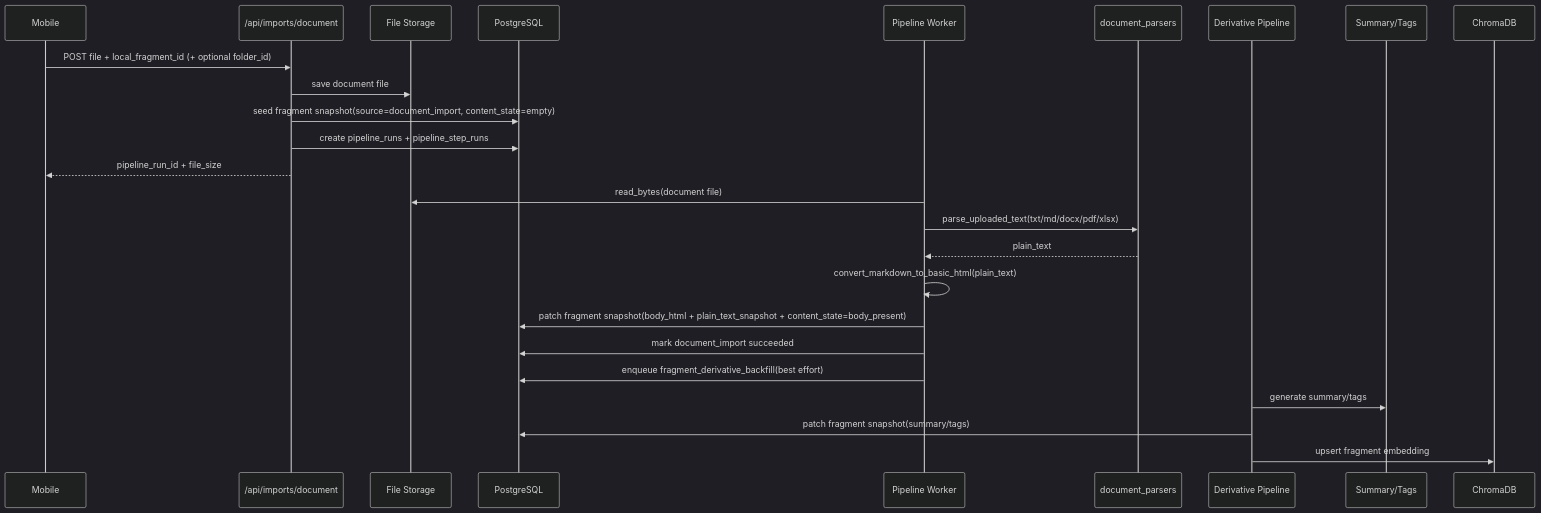
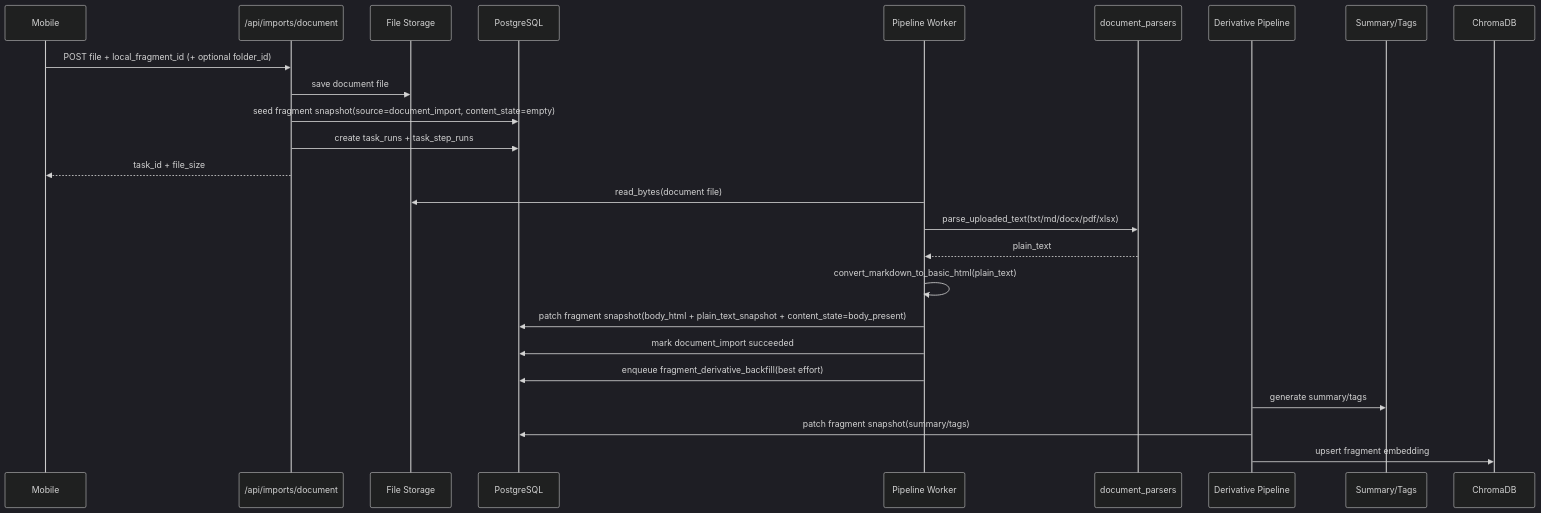
Before and after one commit to YCZA2/SparkFlow: the sixth of 10 diagrams in memory-bank/architecture.md, drawn with Mermaid (dark theme). The commit also changed other lines of this file and 68 other files, not shown here.

First line of the commit message:
refactor: 将 pipeline 重命名为 task，保留兼容层

````diff
--- a/memory-bank/architecture.md
+++ b/memory-bank/architecture.md
@@ -472,28 +474,28 @@
 ```mermaid
 sequenceDiagram
     participant App as Mobile
     participant API as /api/imports/document
     participant FS as File Storage
     participant DB as PostgreSQL
     participant PIPE as Pipeline Worker
     participant PARSER as document_parsers
     participant DERIV as Derivative Pipeline
     participant LLM as Summary/Tags
     participant VDB as ChromaDB
 
     App->>API: POST file + local_fragment_id (+ optional folder_id)
     API->>FS: save document file
     API->>DB: seed fragment snapshot(source=document_import, content_state=empty)
-    API->>DB: create pipeline_runs + pipeline_step_runs
-    API-->>App: pipeline_run_id + file_size
+    API->>DB: create task_runs + task_step_runs
+    API-->>App: task_id + file_size
     PIPE->>FS: read_bytes(document file)
     PIPE->>PARSER: parse_uploaded_text(txt/md/docx/pdf/xlsx)
     PARSER-->>PIPE: plain_text
     PIPE->>PIPE: convert_markdown_to_basic_html(plain_text)
     PIPE->>DB: patch fragment snapshot(body_html + plain_text_snapshot + content_state=body_present)
     PIPE->>DB: mark document_import succeeded
     PIPE->>DB: enqueue fragment_derivative_backfill(best effort)
     DERIV->>LLM: generate summary/tags
     DERIV->>DB: patch fragment snapshot(summary/tags)
     DERIV->>VDB: upsert fragment embedding
 ```
````
